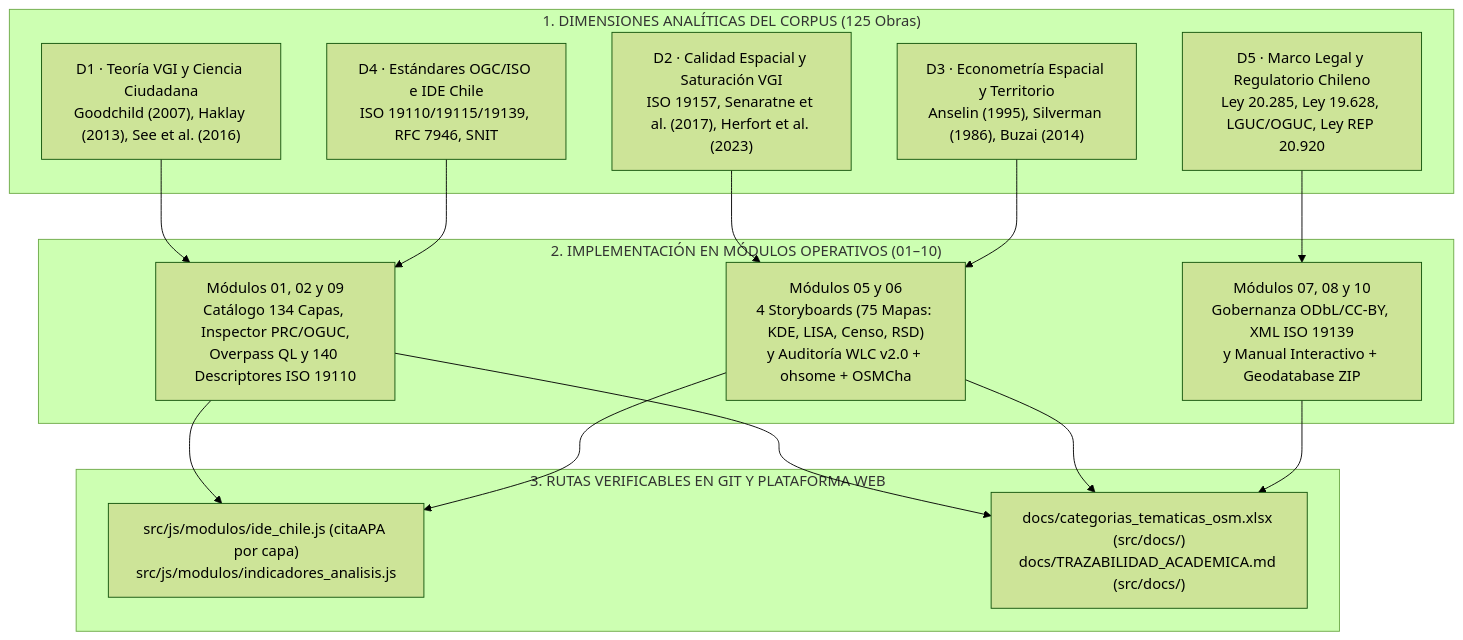
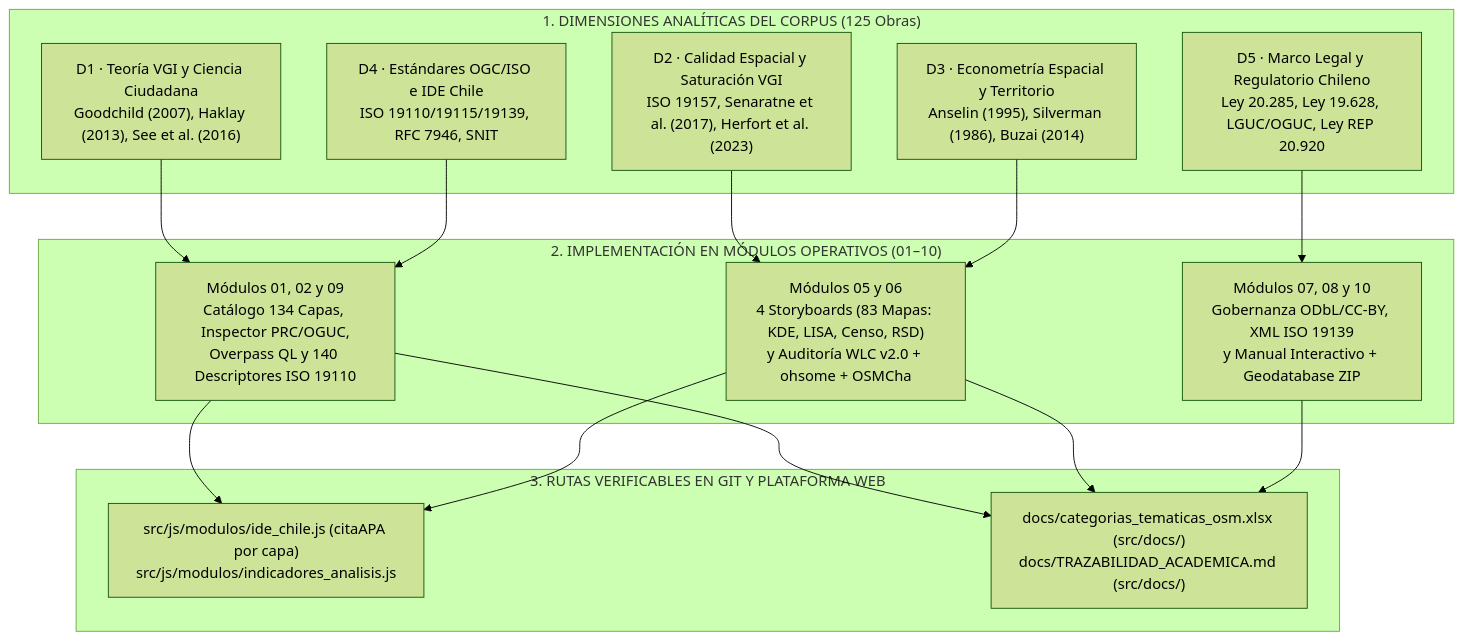
One commit to GEOJOTA/atlas-vgi-barrio-brasil changed the second of 2 diagrams in docs/BIBLIOGRAFIA_SEMINARIO_Y_ATLAS.md. Above: the diagram before and after it, drawn with Mermaid (forest theme). The commit also changed 40 other files, not shown here.

Commit message:
docs(calidad-wcag): consolidar metricas WLC v2.0 (95.4%, 91 A+/43 A, 134 capas, 83 mapas) y auditoria formal WCAG 2.1 AA/AAA

````diff
--- a/docs/BIBLIOGRAFIA_SEMINARIO_Y_ATLAS.md
+++ b/docs/BIBLIOGRAFIA_SEMINARIO_Y_ATLAS.md
@@ -54,25 +54,25 @@
 ```mermaid
 flowchart TD
     subgraph DIM["1. DIMENSIONES ANALÍTICAS DEL CORPUS (125 Obras)"]
         D1["D1 · Teoría VGI y Ciencia Ciudadana<br/>Goodchild (2007), Haklay (2013), See et al. (2016)"]
         D2["D2 · Calidad Espacial y Saturación VGI<br/>ISO 19157, Senaratne et al. (2017), Herfort et al. (2023)"]
         D3["D3 · Econometría Espacial y Territorio<br/>Anselin (1995), Silverman (1986), Buzai (2014)"]
         D4["D4 · Estándares OGC/ISO e IDE Chile<br/>ISO 19110/19115/19139, RFC 7946, SNIT"]
         D5["D5 · Marco Legal y Regulatorio Chileno<br/>Ley 20.285, Ley 19.628, LGUC/OGUC, Ley REP 20.920"]
     end
 
     subgraph MOD["2. IMPLEMENTACIÓN EN MÓDULOS OPERATIVOS (01–10)"]
         M_A["Módulos 01, 02 y 09<br/>Catálogo 134 Capas, Inspector PRC/OGUC,<br/>Overpass QL y 140 Descriptores ISO 19110"]
-        M_B["Módulos 05 y 06<br/>4 Storyboards (75 Mapas: KDE, LISA, Censo, RSD)<br/>y Auditoría WLC v2.0 + ohsome + OSMCha"]
+        M_B["Módulos 05 y 06<br/>4 Storyboards (83 Mapas: KDE, LISA, Censo, RSD)<br/>y Auditoría WLC v2.0 + ohsome + OSMCha"]
         M_C["Módulos 07, 08 y 10<br/>Gobernanza ODbL/CC-BY, XML ISO 19139<br/>y Manual Interactivo + Geodatabase ZIP"]
     end
 
     subgraph ENT["3. RUTAS VERIFICABLES EN GIT Y PLATAFORMA WEB"]
         R1["src/js/modulos/ide_chile.js (citaAPA por capa)<br/>src/js/modulos/indicadores_analisis.js"]
         R2["docs/categorias_tematicas_osm.xlsx (src/docs/)<br/>docs/TRAZABILIDAD_ACADEMICA.md (src/docs/)"]
     end
 
     D1 & D4 --> M_A --> R1 & R2
     D2 & D3 --> M_B --> R1 & R2
     D5 --> M_C --> R2
 ```
````
